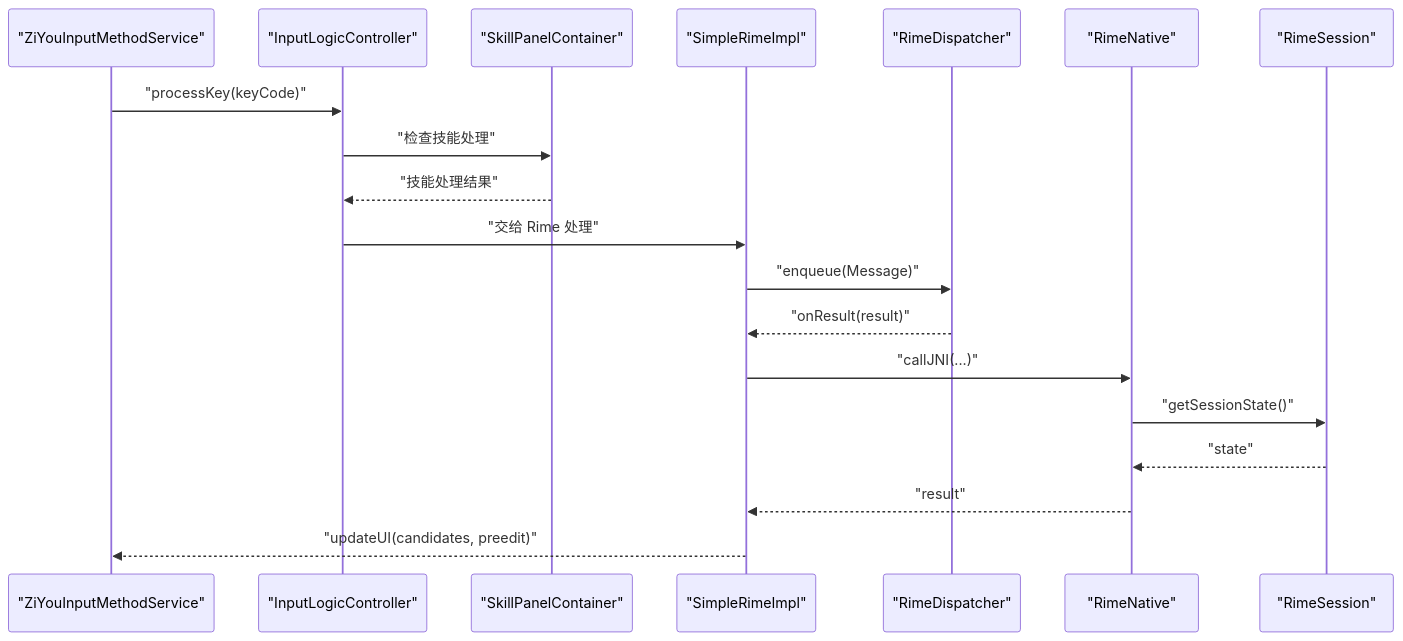
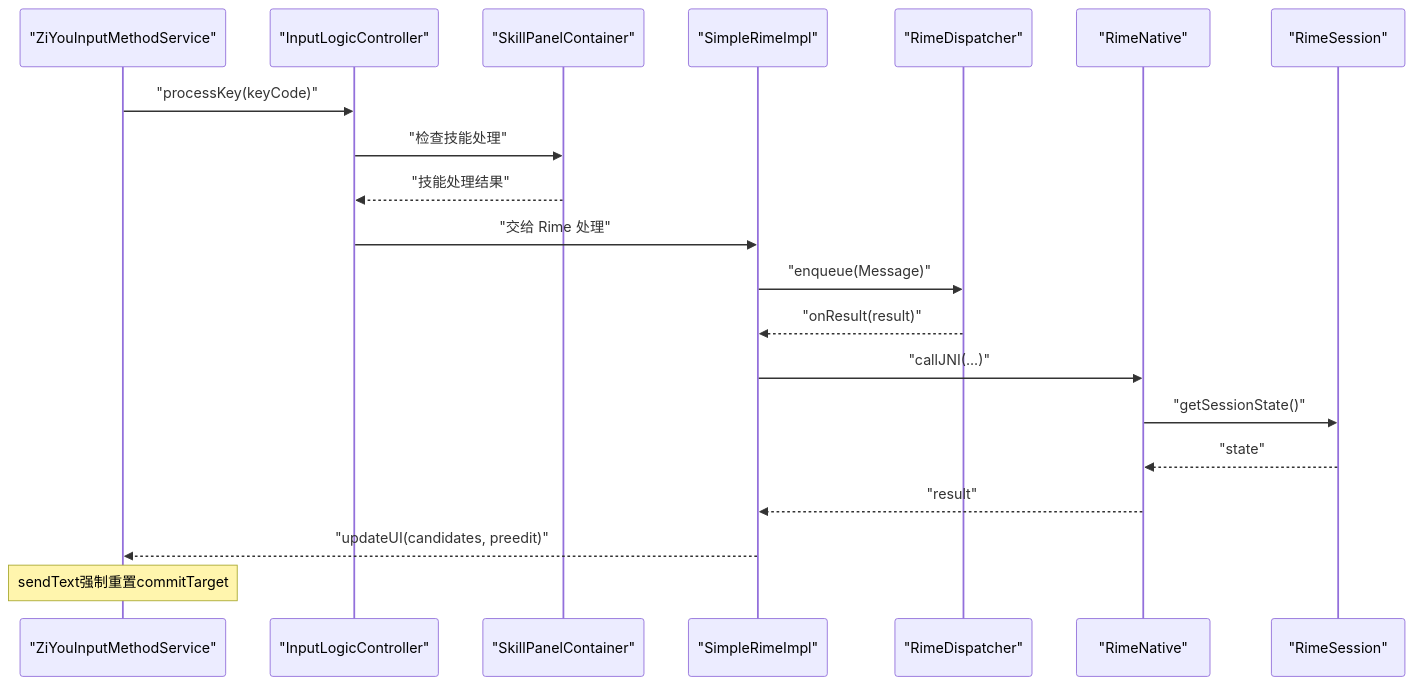
The fourth of 6 diagrams in .qoder/repowiki/zh/content/输入法服务.md (qiaodashaoye/ziyou-ime), drawn with Mermaid before and after one commit. The commit also changed other lines of this file and 11 other files, not shown here.

````diff
--- a/.qoder/repowiki/zh/content/输入法服务.md
+++ b/.qoder/repowiki/zh/content/输入法服务.md
@@ -364,21 +379,22 @@
 ```mermaid
 sequenceDiagram
 participant Service as "ZiYouInputMethodService"
 participant Controller as "InputLogicController"
 participant SkillPanel as "SkillPanelContainer"
 participant Core as "SimpleRimeImpl"
 participant Disp as "RimeDispatcher"
 participant Native as "RimeNative"
 participant Session as "RimeSession"
 Service->>Controller : "processKey(keyCode)"
 Controller->>SkillPanel : "检查技能处理"
 SkillPanel-->>Controller : "技能处理结果"
 Controller->>Core : "交给 Rime 处理"
 Core->>Disp : "enqueue(Message)"
 Disp-->>Core : "onResult(result)"
 Core->>Native : "callJNI(...)"
 Native->>Session : "getSessionState()"
 Session-->>Native : "state"
 Native-->>Core : "result"
 Core-->>Service : "updateUI(candidates, preedit)"
+Note over Service : sendText强制重置commitTarget
 ```
````
